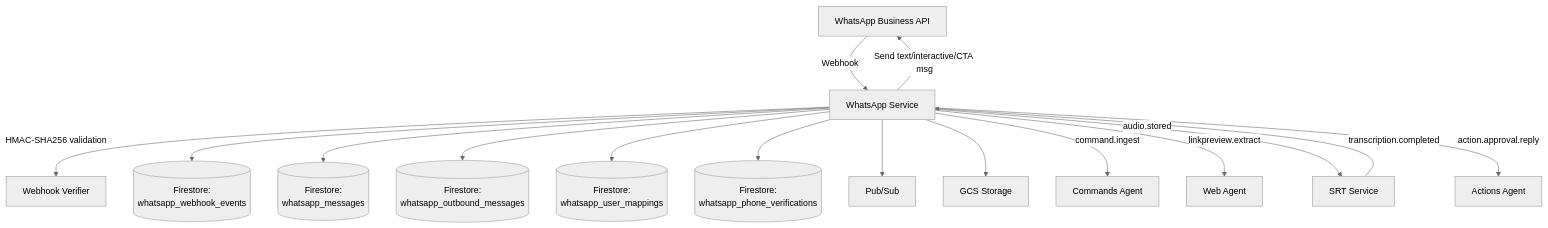
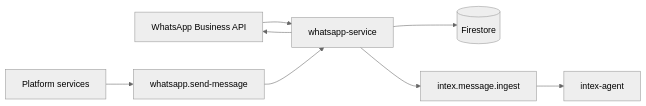
One commit to pbuchman/intexuraos changed the diagram in docs/services/whatsapp-service/technical.md. Above: the diagram before and after it, drawn with Mermaid (neutral theme). The commit also changed other lines of this file and 607 other files, not shown here.

Commit message:
refactor: remove duplicated command action agents

````diff
--- a/docs/services/whatsapp-service/technical.md
+++ b/docs/services/whatsapp-service/technical.md
@@ -9,23 +7,10 @@
 ```mermaid
-graph TB
-    WhatsApp[WhatsApp Business API] -->|Webhook| WS[WhatsApp Service]
-
-    WS -->|HMAC-SHA256 validation| WV[Webhook Verifier]
-    WS --> EventRepo[(Firestore:<br/>whatsapp_webhook_events)]
-    WS --> MsgRepo[(Firestore:<br/>whatsapp_messages)]
-    WS --> OutboundRepo[(Firestore:<br/>whatsapp_outbound_messages)]
-    WS --> MappingRepo[(Firestore:<br/>whatsapp_user_mappings)]
-    WS --> VerifyRepo[(Firestore:<br/>whatsapp_phone_verifications)]
-    WS --> PubSub[Pub/Sub]
-
-    WS --> MediaStorage[GCS Storage]
-
-    WS -->|command.ingest| CA[Commands Agent]
-    WS -->|linkpreview.extract| WA2[Web Agent]
-    WS -->|audio.stored| SRT[SRT Service]
-    WS -->|action.approval.reply| AA[Actions Agent]
-
-    SRT -->|transcription.completed| WS
-
-    WS -->|Send text/interactive/CTA msg| WhatsApp
+flowchart LR
+    Meta[WhatsApp Business API] --> WS[whatsapp-service]
+    WS --> Store[(Firestore)]
+    WS --> IntexTopic[intex.message.ingest]
+    IntexTopic --> Intex[intex-agent]
+    Services[Platform services] --> SendTopic[whatsapp.send-message]
+    SendTopic --> WS
+    WS --> Meta
 ```
````
